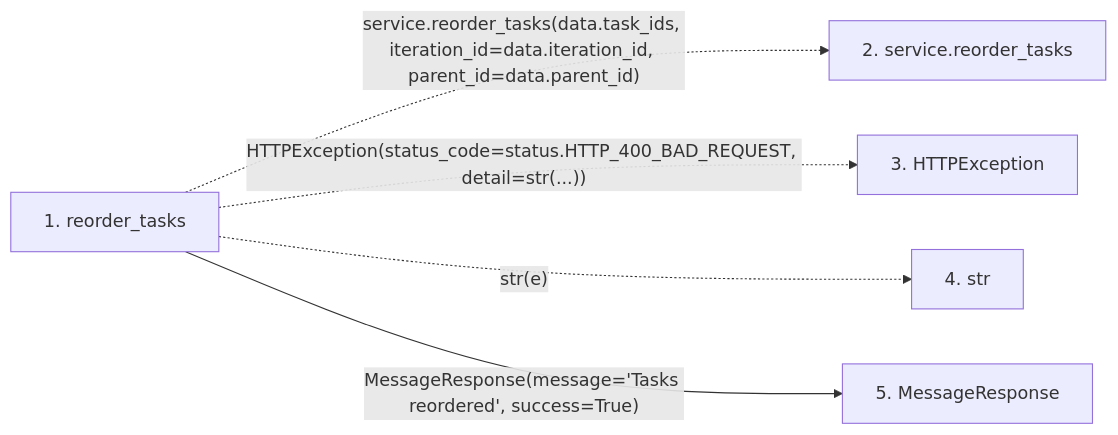
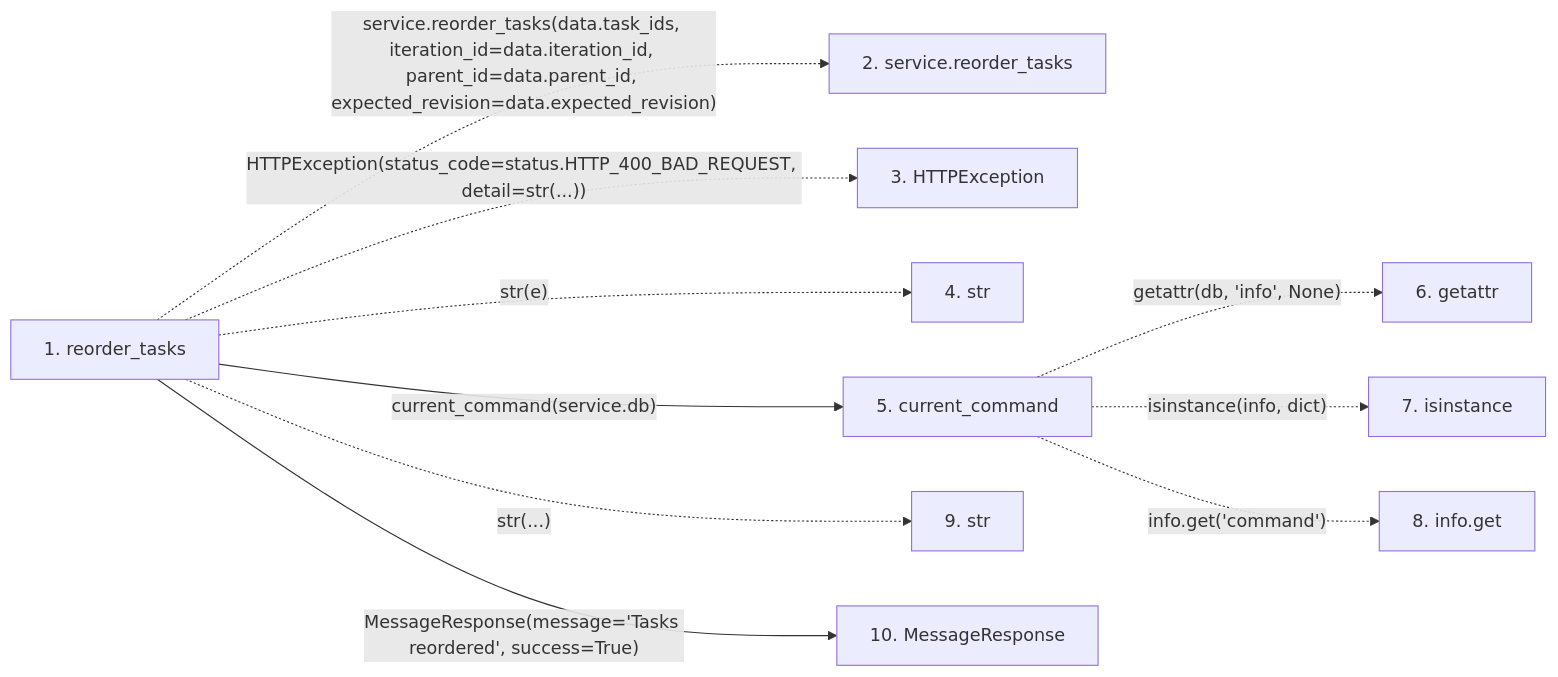
One commit to Denissvgn/WorkChord changed the second of 2 diagrams in docs/llm_wiki/flows/http-reorder_tasks.md. Above: the diagram before and after it, drawn with Mermaid. The commit also changed other lines of this file and 958 other files, not shown here.

First line of the commit message:
docs(wiki): refresh identity and recovery architecture

````diff
--- a/docs/llm_wiki/flows/http-reorder_tasks.md
+++ b/docs/llm_wiki/flows/http-reorder_tasks.md
@@ -26,14 +35,25 @@
 ```mermaid
 flowchart LR
     s1["1. reorder_tasks"]
     s2["2. service.reorder_tasks"]
     s3["3. HTTPException"]
     s4["4. str"]
-    s5["5. MessageResponse"]
-    s1 -. "service.reorder_tasks(data.task_ids, iteration_id=data.iteration_id, parent_id=data.parent_id)" .-> s2
+    s5["5. current_command"]
+    s6["6. getattr"]
+    s7["7. isinstance"]
+    s8["8. info.get"]
+    s9["9. str"]
+    s10["10. MessageResponse"]
+    s1 -. "service.reorder_tasks(data.task_ids, iteration_id=data.iteration_id, parent_id=data.parent_id, expected_revision=data.expected_revision)" .-> s2
     s1 -. "HTTPException(status_code=status.HTTP_400_BAD_REQUEST, detail=str(...))" .-> s3
     s1 -. "str(e)" .-> s4
-    s1 -->|"MessageResponse(message='Tasks reordered', success=True)"| s5
+    s1 -->|"current_command(service.db)"| s5
+    s5 -. "getattr(db, 'info', None)" .-> s6
+    s5 -. "isinstance(info, dict)" .-> s7
+    s5 -. "info.get('command')" .-> s8
+    s1 -. "str(...)" .-> s9
+    s1 -->|"MessageResponse(message='Tasks reordered', success=True)"| s10
     click s1 "../modules/tasks.md"
-    click s5 "../modules/schemas_common.md"
+    click s5 "../modules/commands.md"
+    click s10 "../modules/schemas_common.md"
 ```
````
